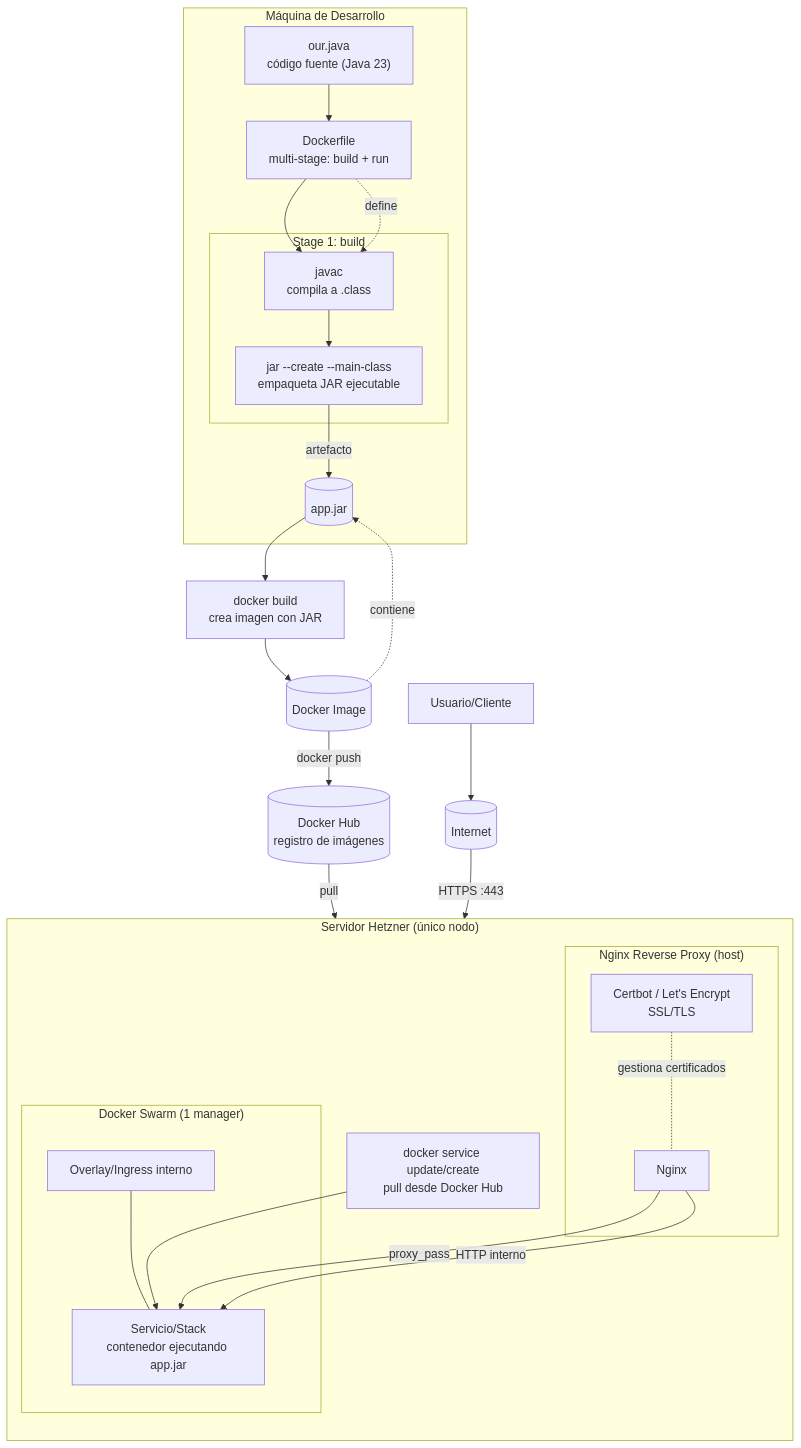
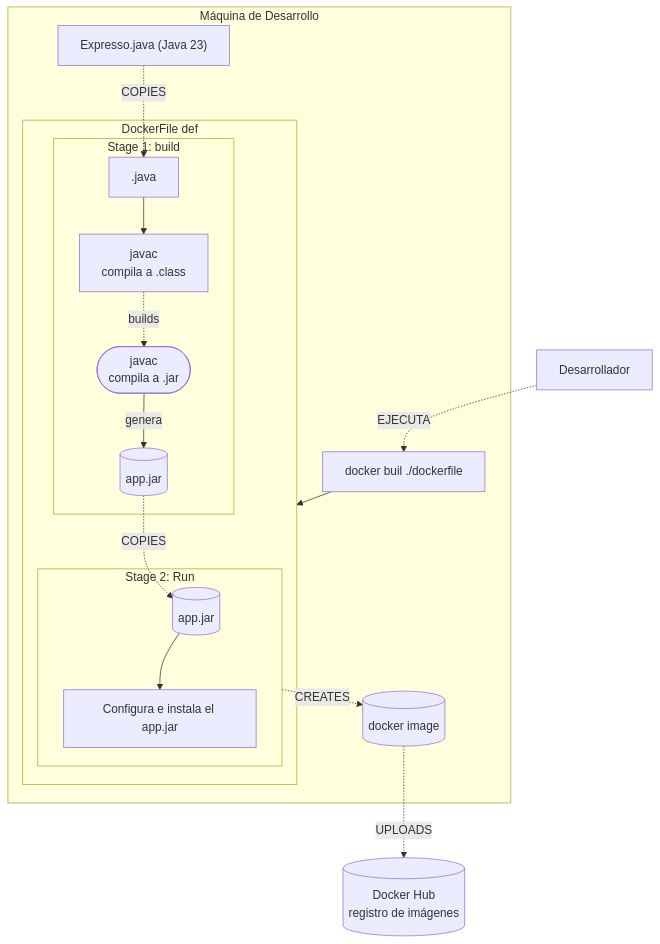
One commit to anthonyOviedo/Expresso changed the diagram in CICD.mmd. Above: the diagram before and after it, drawn with Mermaid. The commit also changed other lines of this file, not shown here.

Commit message:
Docker image lifecycle

```diff
--- a/CICD.mmd
+++ b/CICD.mmd
@@ -1,62 +1,43 @@
 flowchart TD
   %% =========================
   %% Sección: Build local
   %% =========================
+      Desarrollador -. "EJECUTA" .-> DF
+
   subgraph Dev["Máquina de Desarrollo"]
-    A["our.java\ncódigo fuente (Java 23)"]
-    DF["Dockerfile\nmulti-stage: build + run"]
+    A["Expresso.java (Java 23)"]
+    DF["docker buil ./dockerfile "]
 
-    A --> DF
+    A-.COPIES.->B3
+
+    DF --> Docker
+
+    subgraph Docker["DockerFile def"]
+
 
     subgraph BuildStage["Stage 1: build"]
+      B3[".java"]
+      B3-->B1
       B1["javac\ncompila a .class"]
-      B2["jar --create --main-class\nempaqueta JAR ejecutable"]
-      B1 --> B2
+      B2(["javac\ncompila a .jar"])
+      B1 -. "builds" .-> B2
+      JAR2[(app.jar)]
     end
 
-    DF --> B1
-    B2 -->|artefacto| JAR[(app.jar)]
-  end
-
-  %% Imagen de Docker y Push
-  JAR --> C["docker build\ncrea imagen con JAR"]
-  C --> IMG[(Docker Image)]
-  IMG -->|docker push| DHUB[("Docker Hub\nregistro de imágenes")]
-
-  %% =========================
-  %% Sección: Infraestructura
-  %% =========================
-  subgraph HETZ["Servidor Hetzner (único nodo)"]
-    direction TB
-
-    subgraph RP["Nginx Reverse Proxy (host)"]
-      NGINX["Nginx"]
-      CERT["Certbot / Let's Encrypt\nSSL/TLS"]
-      CERT -. "gestiona certificados" .- NGINX
+    subgraph RunStage2["Stage 2: Run"]
+      B2 -->|genera| JAR2[(app.jar)]
+      JAR[(app.jar)]
+      G["Configura e instala el app.jar"]
+    end
+    JAR-->G
     end
 
-    subgraph SWARM["Docker Swarm (1 manager)"]
-      NET["Overlay/Ingress interno"]
-      SVC["Servicio/Stack\ncontenedor ejecutando app.jar"]
-      NET --- SVC
-    end
+    JAR2-.COPIES.->JAR
 
-    PULL["docker service update/create\npull desde Docker Hub"]
+  RunStage2 -.CREATES.->IMG[(docker image)]
+  %% Imagen de Docker y Push
   end
+  IMG -.UPLOADS.-> DHUB[("Docker Hub\nregistro de imágenes")]
 
-  %% Relaciones entre bloques de infra
-  DHUB -->|pull| PULL
-  PULL --> SVC
-  NGINX -->|proxy_pass| SVC
-
-  %% =========================
-  %% Flujo de Usuario
-  %% =========================
-  USER["Usuario/Cliente"]
-  INTERNET[(Internet)]
-  USER --> INTERNET -->|HTTPS :443| NGINX
-  NGINX -->|HTTP interno| SVC
 
   %% Notas/Relaciones
-  DF -. "define" .-> B1
-  IMG -. "contiene" .-> JAR
```
